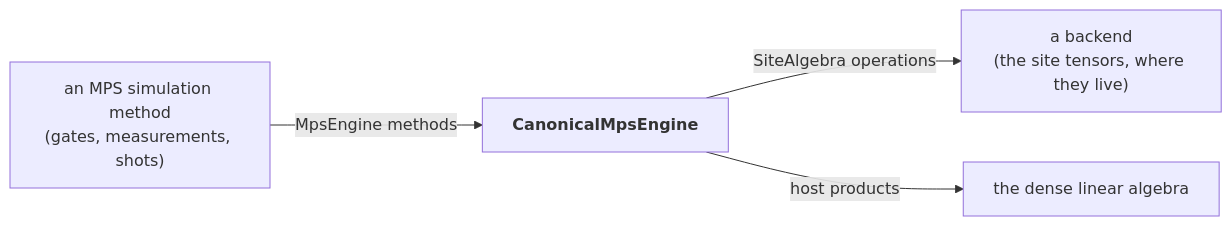
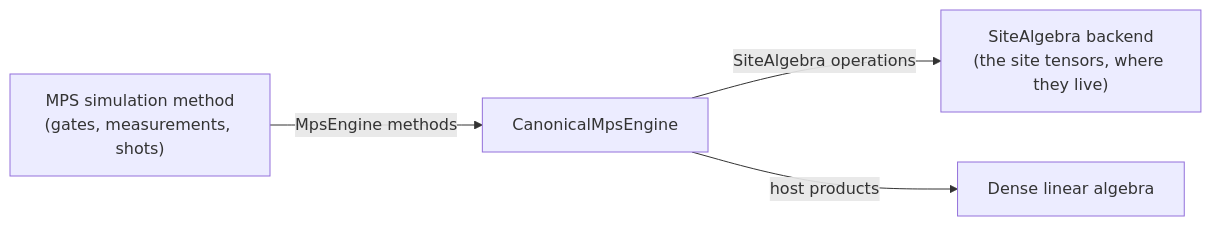
One commit to microsoft/qdk changed the diagram in source/canonical_mps/README.md. Above: the diagram before and after it, drawn with Mermaid. The commit also changed other lines of this file and 10 other files, not shown here.

Commit message:
canonical_mps: apply the executor protocol review's lessons (D10–D14)

````diff
--- a/source/canonical_mps/README.md
+++ b/source/canonical_mps/README.md
@@ -123,6 +172,6 @@
 ```mermaid
 flowchart LR
-  S["an MPS simulation method<br/>(gates, measurements, shots)"] -->|"MpsEngine methods"| E["<b>CanonicalMpsEngine</b>"]
-  E -->|"SiteAlgebra operations"| B["a backend<br/>(the site tensors, where they live)"]
-  E -->|"host products"| D["the dense linear algebra"]
+  S["MPS simulation method<br/>(gates, measurements, shots)"] -->|"MpsEngine methods"| E["CanonicalMpsEngine"]
+  E -->|"SiteAlgebra operations"| B["SiteAlgebra backend<br/>(the site tensors, where they live)"]
+  E -->|"host products"| D["Dense linear algebra"]
 ```
````
